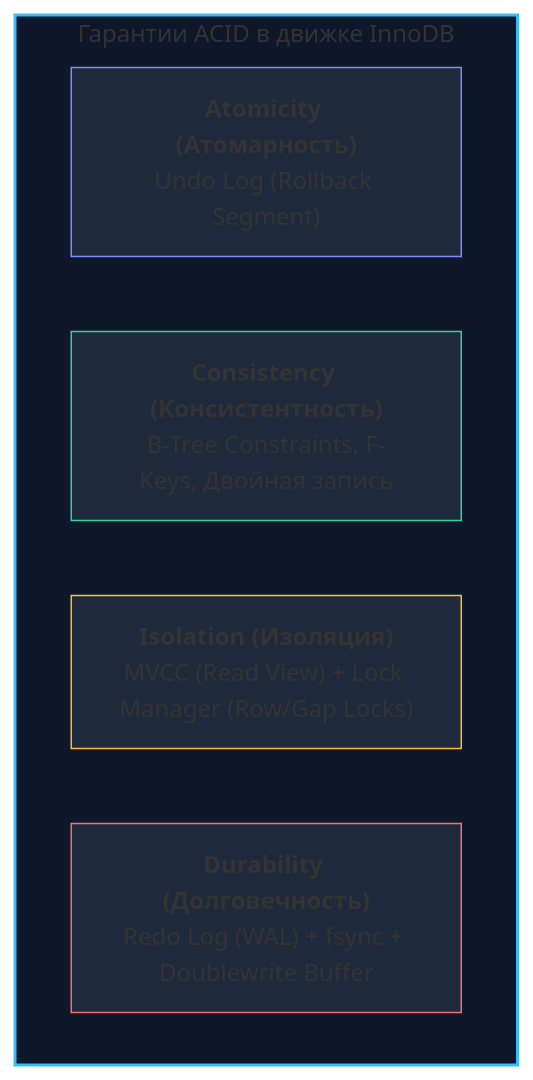
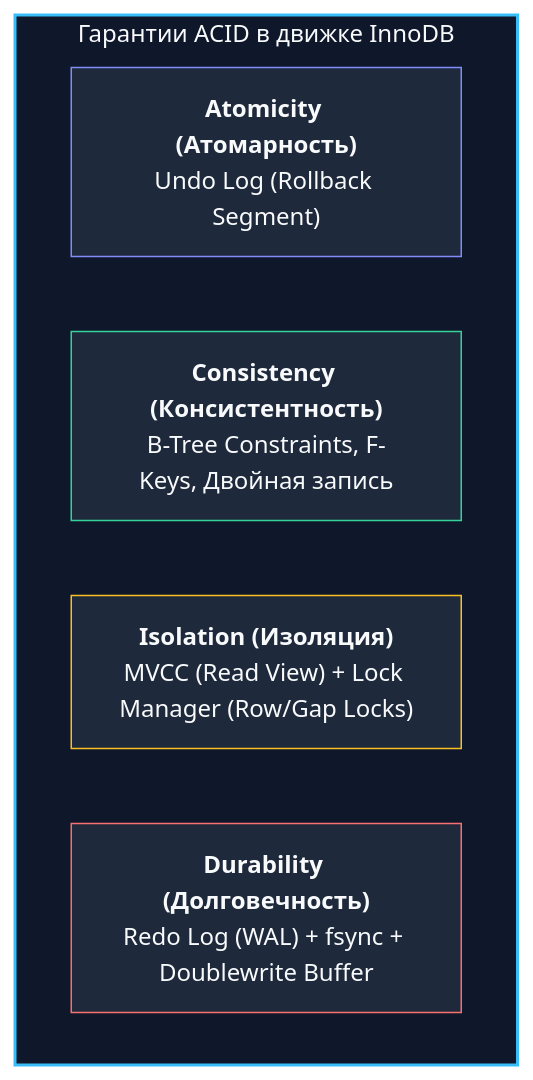
The first of 2 diagrams in sources/12. Базы данных/07. MySQL и форки/4. Транзакции в MySQL.md (UnrealTemplier/go-textbook), drawn with Mermaid before and after one commit. The commit also changed other lines of this file and 310 other files, not shown here.

First line of the commit message:
fix(mermaid): replace light fill colors with dark palette for readability on dark theme

````diff
--- a/sources/12. Базы данных/07. MySQL и форки/4. Транзакции в MySQL.md
+++ b/sources/12. Базы данных/07. MySQL и форки/4. Транзакции в MySQL.md
@@ -15,15 +15,15 @@
 ```mermaid
 flowchart TD
     subgraph ACID["Гарантии ACID в движке InnoDB"]
         A["<b>Atomicity (Атомарность)</b><br>Undo Log (Rollback Segment)"]
         C["<b>Consistency (Консистентность)</b><br>B-Tree Constraints, F-Keys, Двойная запись"]
         I["<b>Isolation (Изоляция)</b><br>MVCC (Read View) + Lock Manager (Row/Gap Locks)"]
         D["<b>Durability (Долговечность)</b><br>Redo Log (WAL) + fsync + Doublewrite Buffer"]
     end
 
-    style ACID fill:#0f172a,stroke:#38bdf8,stroke-width:2px
-    style A fill:#1e293b,stroke:#818cf8,stroke-width:1px
-    style C fill:#1e293b,stroke:#34d399,stroke-width:1px
-    style I fill:#1e293b,stroke:#fbbf24,stroke-width:1px
-    style D fill:#1e293b,stroke:#f87171,stroke-width:1px
+    style ACID fill:#0f172a,stroke:#38bdf8,stroke-width:2px,color:#f8fafc
+    style A fill:#1e293b,stroke:#818cf8,stroke-width:1px,color:#f8fafc
+    style C fill:#1e293b,stroke:#34d399,stroke-width:1px,color:#f8fafc
+    style I fill:#1e293b,stroke:#fbbf24,stroke-width:1px,color:#f8fafc
+    style D fill:#1e293b,stroke:#f87171,stroke-width:1px,color:#f8fafc
 ```
````
